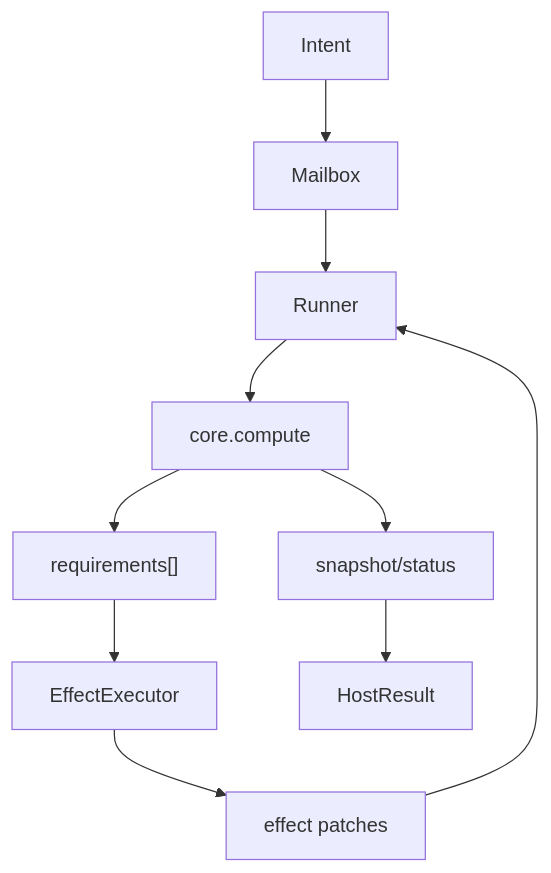
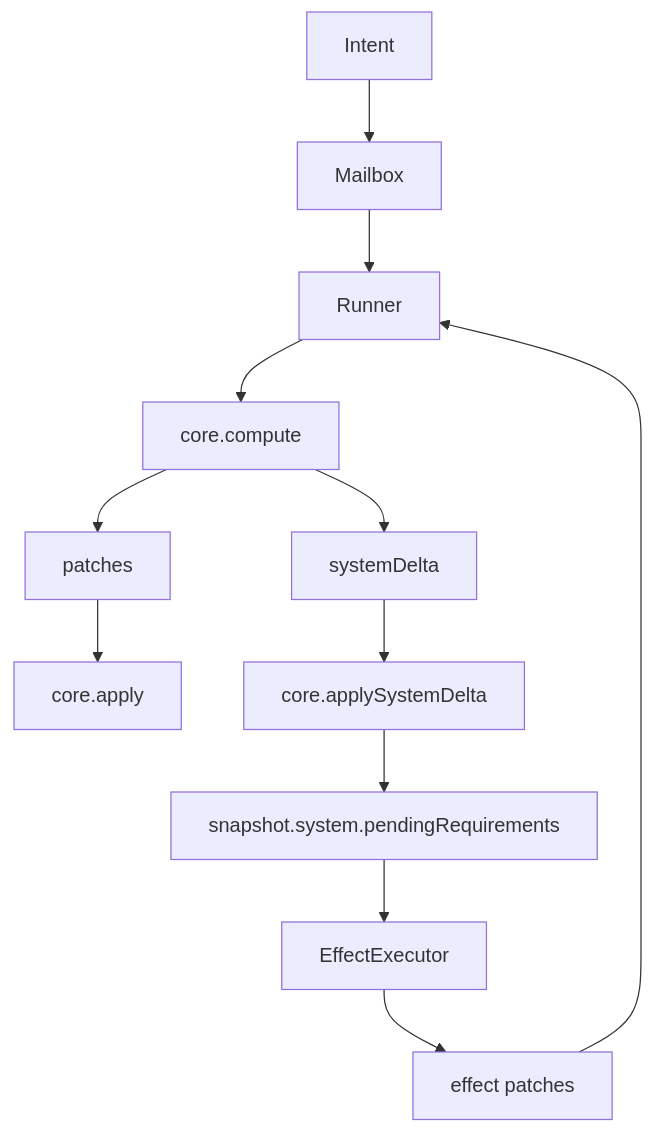
The diagram in docs/api/host.md (manifesto-ai/core), drawn with Mermaid before and after one commit. The commit also changed other lines of this file and 116 other files, not shown here.

````diff
--- a/docs/api/host.md
+++ b/docs/api/host.md
@@ -26,12 +21,14 @@
 ```mermaid
 flowchart TD
   IN["Intent"] --> MB["Mailbox"]
   MB --> RN["Runner"]
   RN --> CC["core.compute"]
-  CC --> RS["snapshot/status"]
-  CC --> REQ["requirements[]"]
+  CC --> P["patches"]
+  CC --> SD["systemDelta"]
+  P --> AP["core.apply"]
+  SD --> ASD["core.applySystemDelta"]
+  ASD --> REQ["snapshot.system.pendingRequirements"]
   REQ --> FX["EffectExecutor"]
   FX --> EP["effect patches"]
   EP --> RN
-  RS --> OUT["HostResult"]
 ```
````
